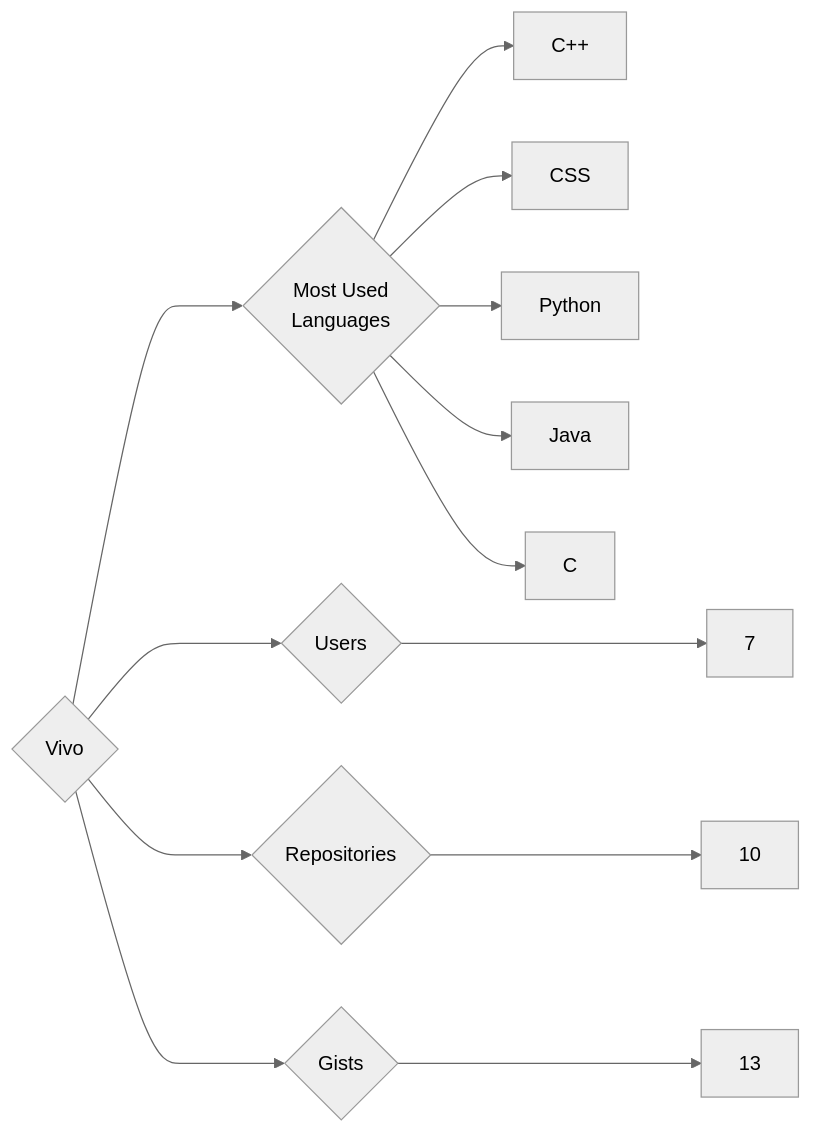
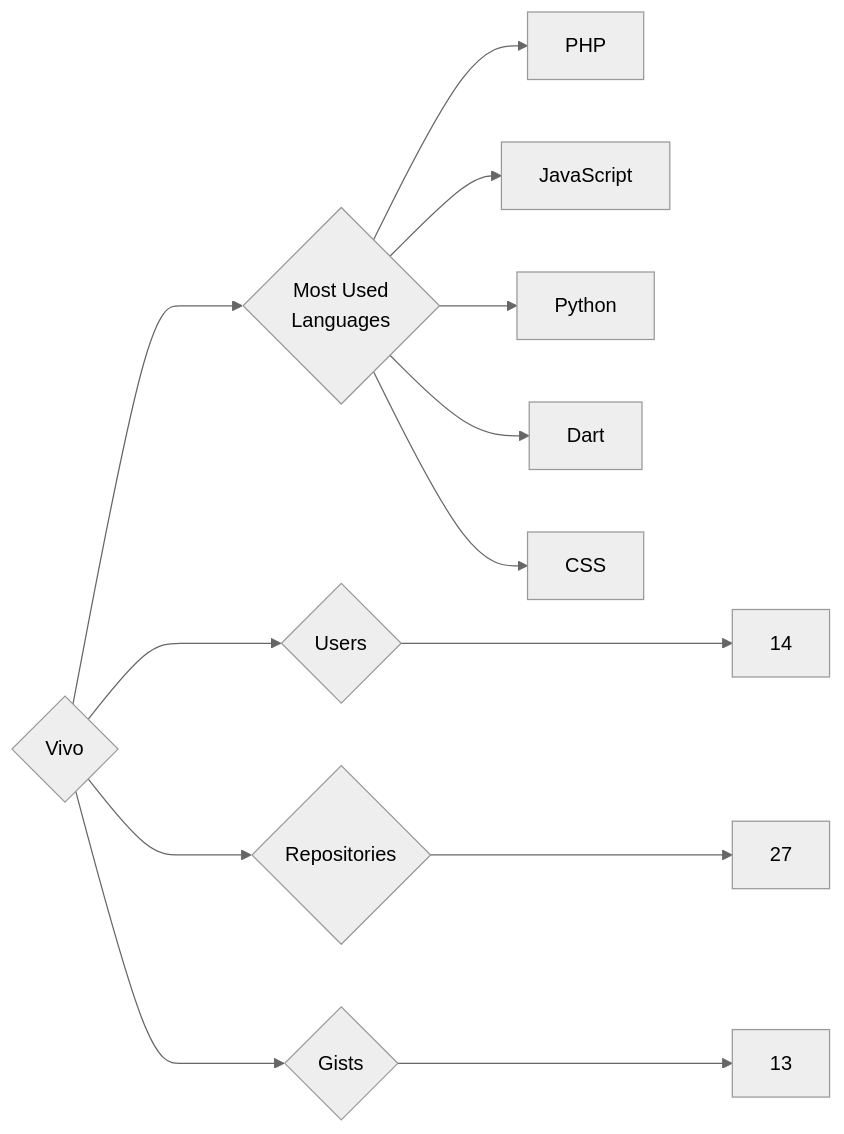
Before and after one commit to trickest/insiders: the diagram in targets/Vivo/README.md, drawn with Mermaid (neutral theme). The commit also changed 770 other files, not shown here.

````diff
--- a/targets/Vivo/README.md
+++ b/targets/Vivo/README.md
@@ -3,13 +3,13 @@
 ```mermaid
 graph LR
 COMPANY_NAME{Vivo}
-COMPANY_NAME ---> U{Users} ---> UN[7]
-COMPANY_NAME ---> R{Repositories} ---> RN[10]
+COMPANY_NAME ---> U{Users} ---> UN[14]
+COMPANY_NAME ---> R{Repositories} ---> RN[27]
 COMPANY_NAME ---> G{Gists} ---> GN[13]
 COMPANY_NAME ---> ML{Most Used<br>Languages}
-ML --> C++[C++]
+ML --> PHP[PHP]
+ML --> JavaScript[JavaScript]
+ML --> Python[Python]
+ML --> Dart[Dart]
 ML --> CSS[CSS]
-ML --> Python[Python]
-ML --> Java[Java]
-ML --> C[C]
 ```
````
